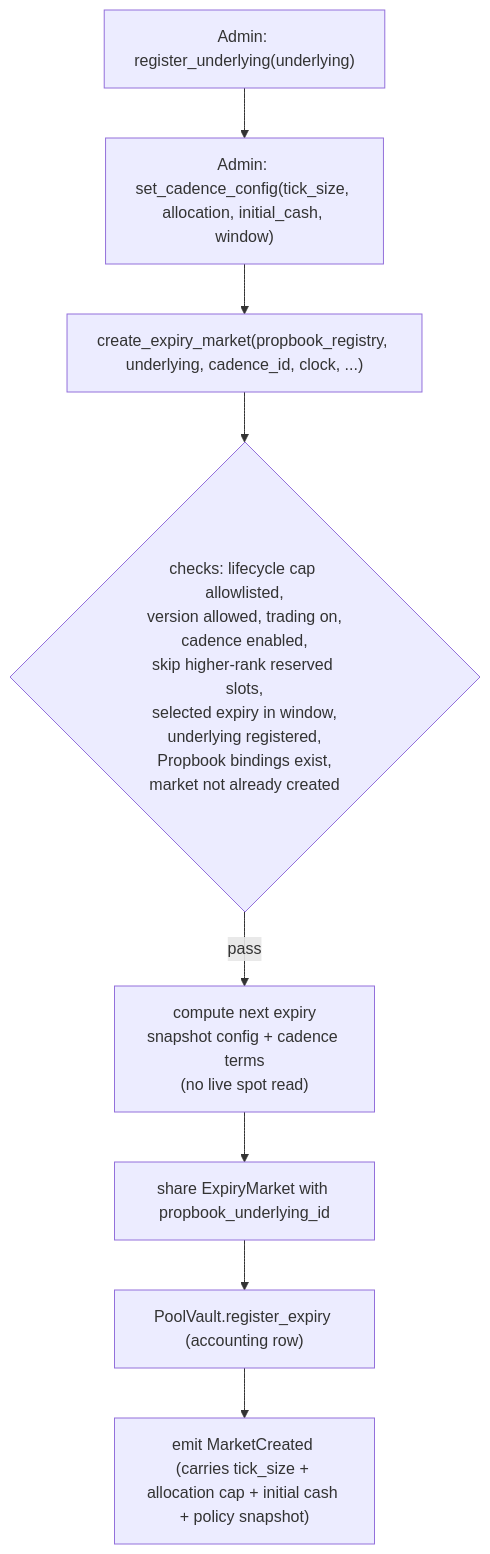
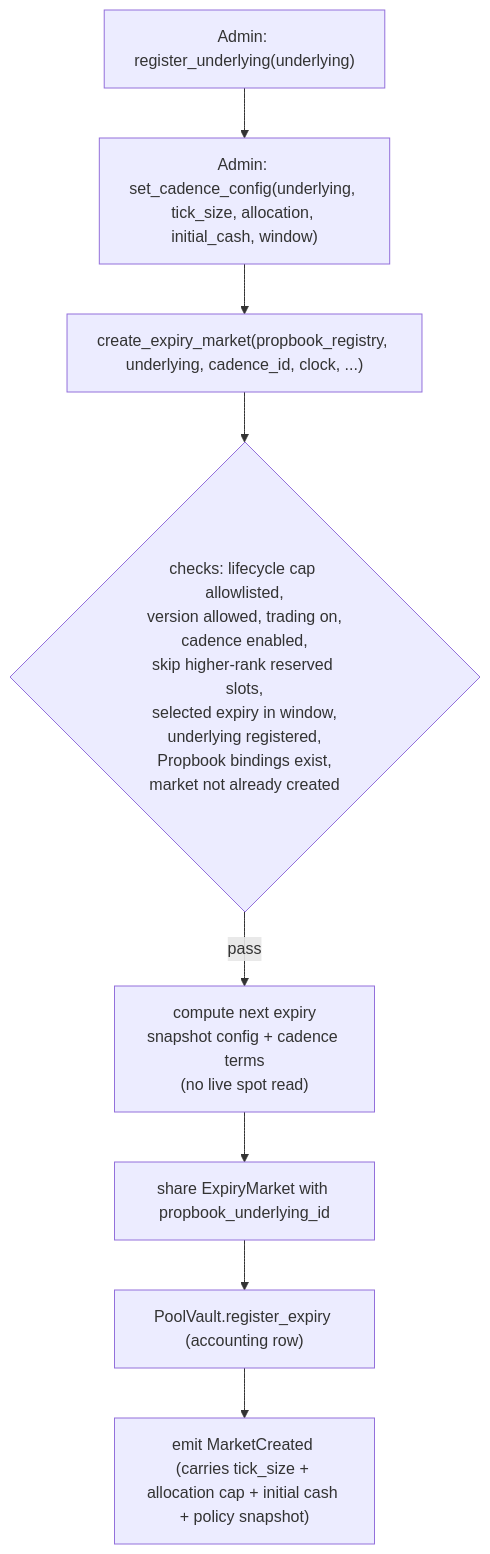
One commit to MystenLabs/deepbookv3 changed the first of 2 diagrams in packages/predict/docs/concepts/markets-and-positions.md. Above: the diagram before and after it, drawn with Mermaid. The commit also changed other lines of this file and 18 other files, not shown here.

Commit message:
Cap live expiry markets per underlying cadence

````diff
--- a/packages/predict/docs/concepts/markets-and-positions.md
+++ b/packages/predict/docs/concepts/markets-and-positions.md
@@ -26,10 +26,10 @@
 ```mermaid
 flowchart TD
-  A["Admin: register_underlying(underlying)"] --> B["Admin: set_cadence_config(tick_size, allocation, initial_cash, window)"]
+  A["Admin: register_underlying(underlying)"] --> B["Admin: set_cadence_config(underlying, tick_size, allocation, initial_cash, window)"]
   B --> C["create_expiry_market(propbook_registry, underlying, cadence_id, clock, ...)"]
   C --> D{"checks: lifecycle cap allowlisted,<br/>version allowed, trading on,<br/>cadence enabled,<br/>skip higher-rank reserved slots,<br/>selected expiry in window,<br/>underlying registered,<br/>Propbook bindings exist,<br/>market not already created"}
   D -->|pass| E["compute next expiry<br/>snapshot config + cadence terms<br/>(no live spot read)"]
   E --> F["share ExpiryMarket with propbook_underlying_id"]
   F --> G["PoolVault.register_expiry (accounting row)"]
   G --> H["emit MarketCreated (carries tick_size + allocation cap + initial cash + policy snapshot)"]
 ```
````
